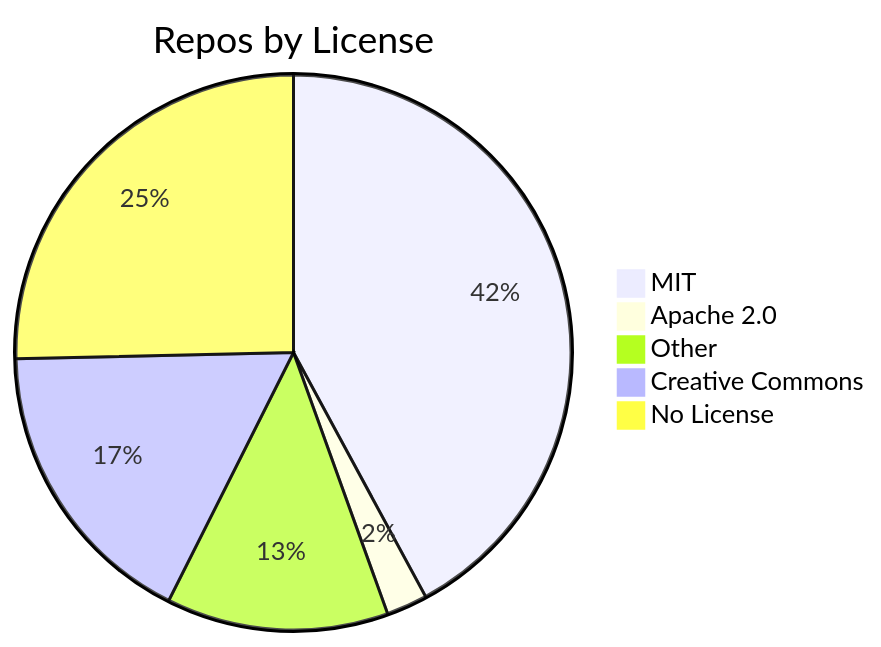
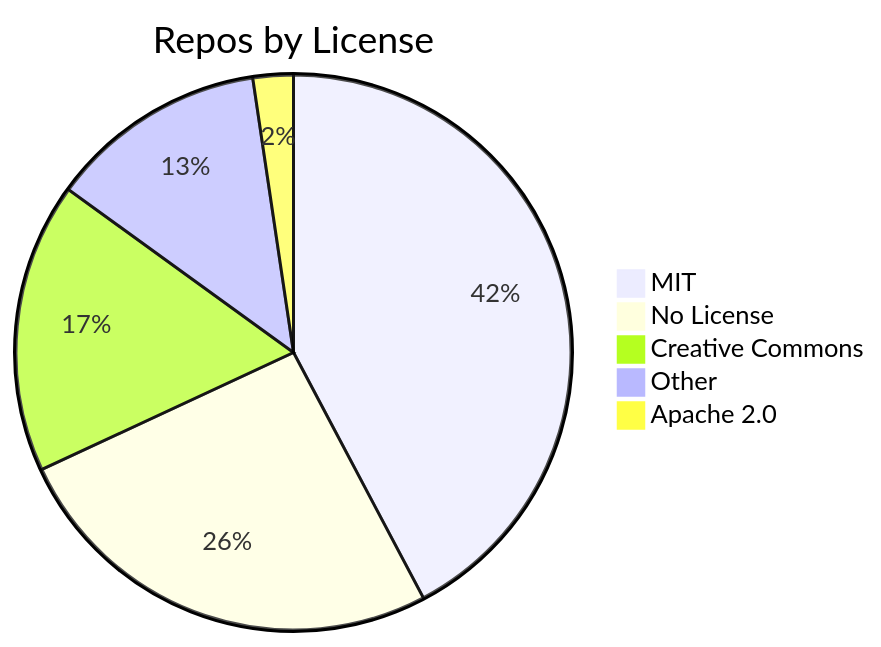
One commit to jpatterson933/awesome-mcp-server-repo-index changed the diagram in README.md. Above: the diagram before and after it, drawn with Mermaid. The commit also changed other lines of this file and 7 other files, not shown here.

````diff
--- a/README.md
+++ b/README.md
@@ -31,8 +31,8 @@
 ```mermaid
 pie title Repos by License
-    "MIT" : 88
+    "MIT" : 90
+    "No License" : 55
+    "Creative Commons" : 36
+    "Other" : 27
     "Apache 2.0" : 5
-    "Other" : 27
-    "Creative Commons" : 36
-    "No License" : 53
 ```
````
